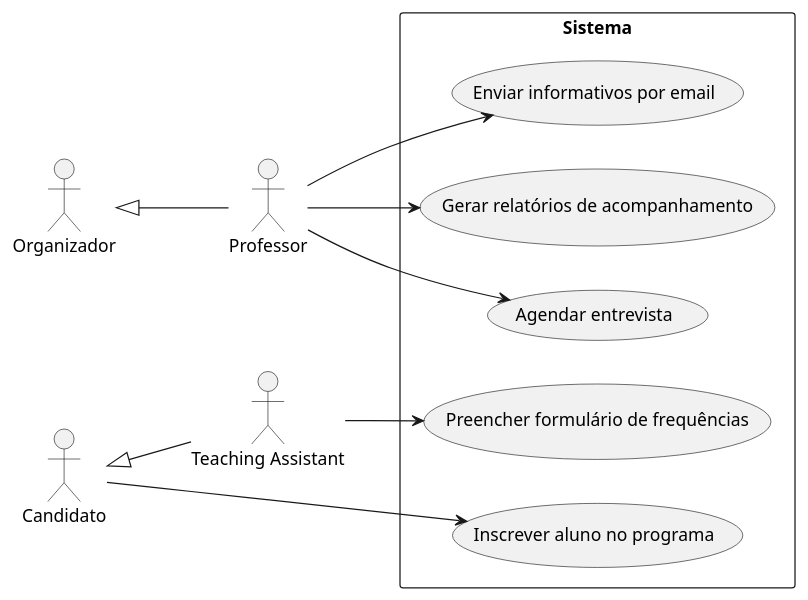
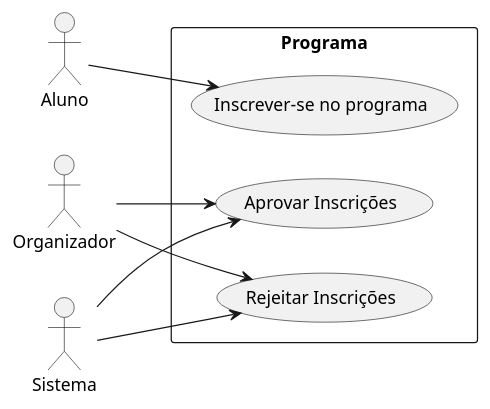
One commit to Projetos-de-Extensao/PBE_25.2_8004_Pioneiros changed the diagram in docs/Elaboracao/diagramaDeUC.wsd. Above: the diagram before and after it, drawn with PlantUML. The commit also changed 73 other files, not shown here.

Commit message:
limpando src e atualizando diagramas

```diff
--- a/docs/Elaboracao/diagramaDeUC.wsd
+++ b/docs/Elaboracao/diagramaDeUC.wsd
@@ -1,30 +1,25 @@
 @startuml DiagramaUC
 ' Define a direção do diagrama da esquerda para a direita
 left to right direction
 
 ' Atores
 actor Organizador
-actor Professor
-actor Candidato
-actor "Teaching Assistant" as TA
+actor Aluno
+actor Sistema
 
 ' Casos de Uso
-rectangle Sistema {
+rectangle Programa {
   ' Casos de uso
-  usecase "Agendar entrevista" as UC1
-  usecase "Enviar informativos por email" as UC2
-  usecase "Gerar relatórios de acompanhamento" as UC3
-  usecase "Inscrever aluno no programa" as UC4
-  usecase "Preencher formulário de frequências" as UC5
+  usecase "Aprovar Inscrições" as UC1
+  usecase "Rejeitar Inscrições" as UC2
+  usecase "Inscrever-se no programa" as UC3
 }
 
 ' Relações
-Professor --> UC1
-Professor --> UC2
-Professor --> UC3
-Candidato --> UC4
-TA --> UC5
-Organizador <|-- Professor
-Candidato <|-- TA
+Organizador --> UC1
+Organizador --> UC2
+Sistema --> UC2
+Sistema --> UC1
+Aluno --> UC3
 
 @enduml
```
